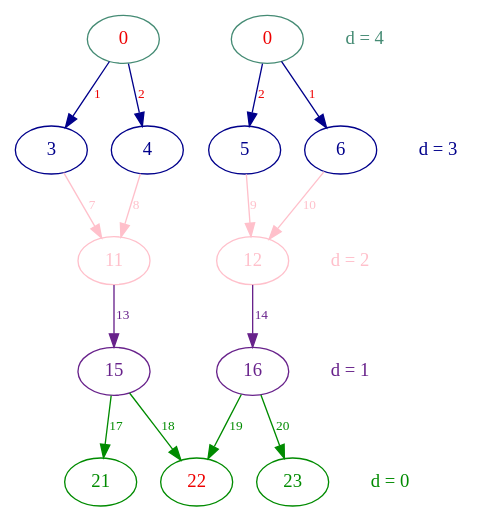
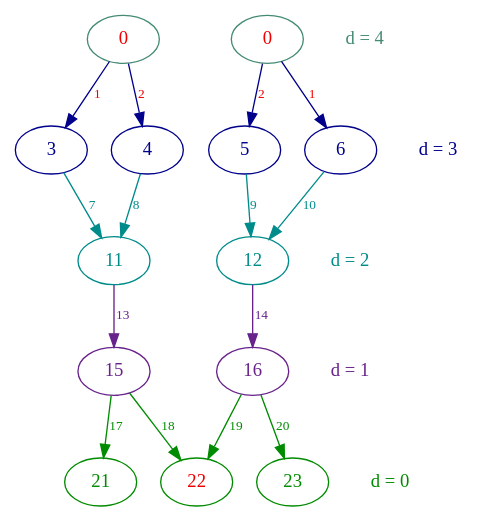
Before and after one commit to lorenzopalloni/wl-graph-kernels: the diagram in wlkernel/example_graphs/07-relabeled.dot, drawn with Graphviz. The commit also changed 7 other files, not shown here.

```diff
--- a/wlkernel/example_graphs/07-relabeled.dot
+++ b/wlkernel/example_graphs/07-relabeled.dot
@@ -1,62 +1,62 @@
 digraph G {
     
     newrank = true;
 
     color = "aquamarin4";
     node [color = "aquamarine4", fontcolor = "aquamarine4"];
     root [label = "0", fontcolor = "red2"];
     right_root [label = "0", fontcolor = "red2"];
     depth_4_node[label = "d = 4", shape = plaintext, fontcolor = "aquamarine4"];
     {rank = same; depth_4_node; root; right_root};
     
     color = "blue4";
     node [color = "blue4", fontcolor = "blue4"];
     edge [color = "blue4", fontsize = 10, fontcolor = "blue4"];
     C [label = "3"];
     D [label = "4"];
     root -> C [label = "1", fontcolor = "red2"];
     root -> D [label = "2", fontcolor = "red2"];
     right_F [label = "5"];
     right_G [label = "6"];
     right_root -> right_F [label = "2", fontcolor = "red2"];
     right_root -> right_G [label = "1", fontcolor = "red2"];
     depth_3_node[label = "d = 3", shape = plaintext, fontcolor = "blue4"];
     {rank = same; depth_3_node; C; D; right_F; right_G};
     
-    color = "pink";
-    node [color = "pink", fontcolor = "pink"];
-    edge [color = "pink", fontsize = 10, fontcolor = "pink"];
+    color = "cyan4";
+    node [color = "cyan4", fontcolor = "cyan4"];
+    edge [color = "cyan4", fontsize = 10, fontcolor = "cyan4"];
     H [label = "11"];
     C -> H [label = "7"];
     D -> H [label = "8"];
     right_I [label = "12"];
     right_F -> right_I [label = "9"];
     right_G -> right_I [label = "10"];
-    depth_2_node[label = "d = 2", shape = plaintext, fontcolor = "pink"];
+    depth_2_node[label = "d = 2", shape = plaintext, fontcolor = "cyan4"];
     {rank = same; depth_2_node; H; right_I};
 
     
     color = "darkorchid4";
     node [color = "darkorchid4", fontcolor = "darkorchid4"];
     edge [color = "darkorchid4", fontsize = 10, fontcolor = "darkorchid4"];
     A2 [label = "15"]
     H -> A2 [label = "13"];
     right_B2 [label = "16"];
     right_I -> right_B2 [label = "14"];
     depth_1_node[label = "d = 1", shape = plaintext, fontcolor = "darkorchid4"];
     {rank = same; depth_1_node; right_B2; A2};
 
-    color = "green1";
+    color = "green4";
     node [color = "green4", fontcolor = "green4"];
     edge [color = "green4", fontsize = 10, fontcolor = "green4"];
     D_0 [label = "21"];
     E_0 [label = "22", fontcolor = "red2"];
     F_0 [label = "23"];
     A2 -> D_0 [label = "17"];
     A2 -> E_0 [label = "18"];
     right_B2 -> E_0 [label = "19"];
     right_B2 -> F_0 [label = "20"];
 
     depth_0_node[label = "d = 0", shape = plaintext, fontcolor = "green4"];
     {rank = same; depth_0_node; D_0; E_0; F_0};
 }
```
